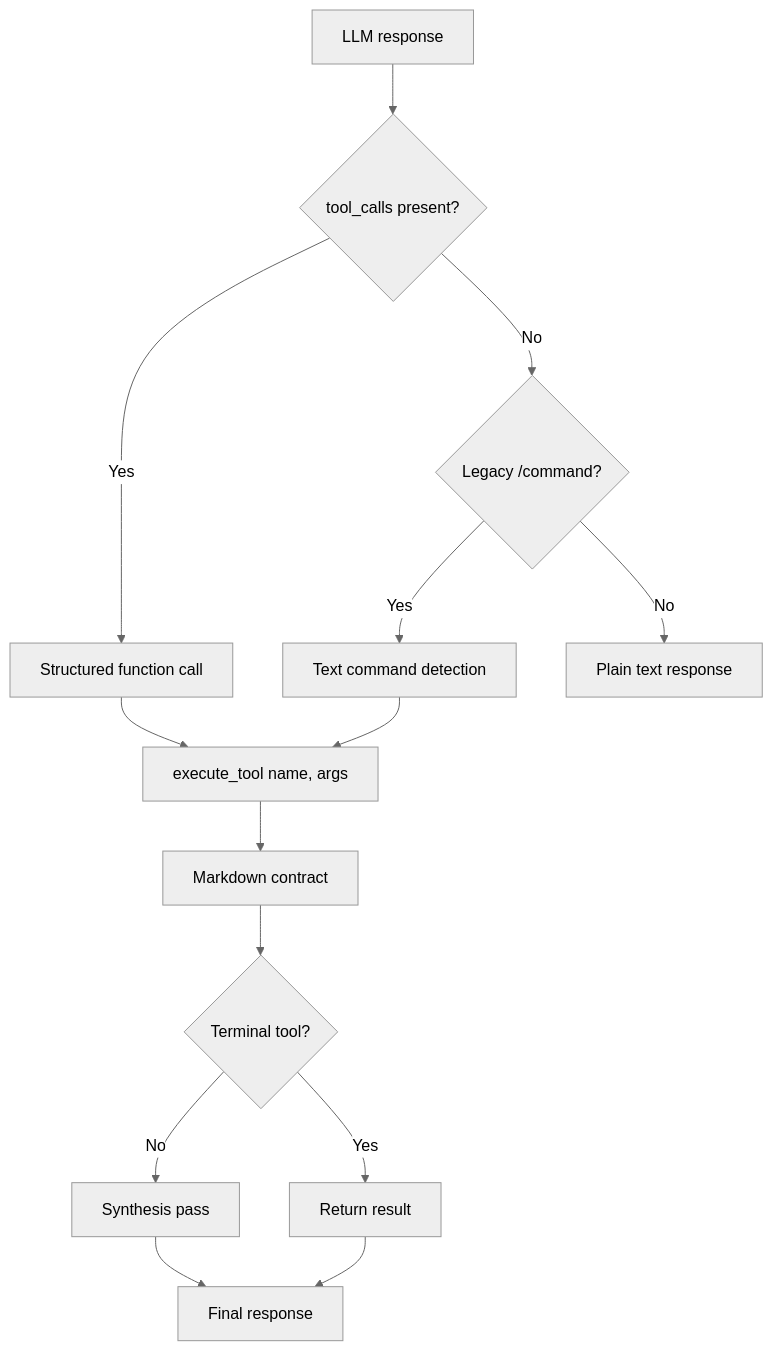
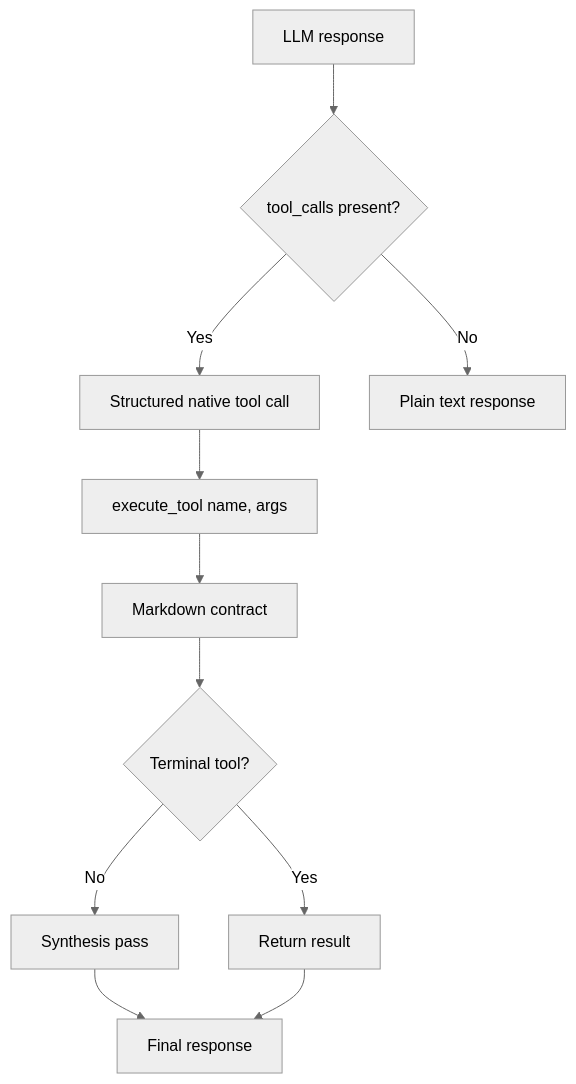
The fourth of 8 diagrams in app/README.md (icedeyes12/yuzu-core), drawn with Mermaid (neutral theme) before and after one commit. The commit also changed other lines of this file and 54 other files, not shown here.

Commit message:
feat: complete native function calling migration

````diff
--- a/app/README.md
+++ b/app/README.md
@@ -415,16 +412,13 @@
 ```mermaid
 flowchart TD
     A[LLM response] --> B{tool_calls present?}
-    B -->|Yes| C[Structured function call]
-    B -->|No| D{Legacy /command?}
-    D -->|Yes| E[Text command detection]
-    D -->|No| F[Plain text response]
+    B -->|Yes| C[Structured native tool call]
+    B -->|No| F[Plain text response]
     C --> G[execute_tool name, args]
-    E --> G
     G --> H[Markdown contract]
     H --> I{Terminal tool?}
     I -->|Yes| J[Return result]
     I -->|No| K[Synthesis pass]
     K --> L[Final response]
     J --> L
 ```
````
